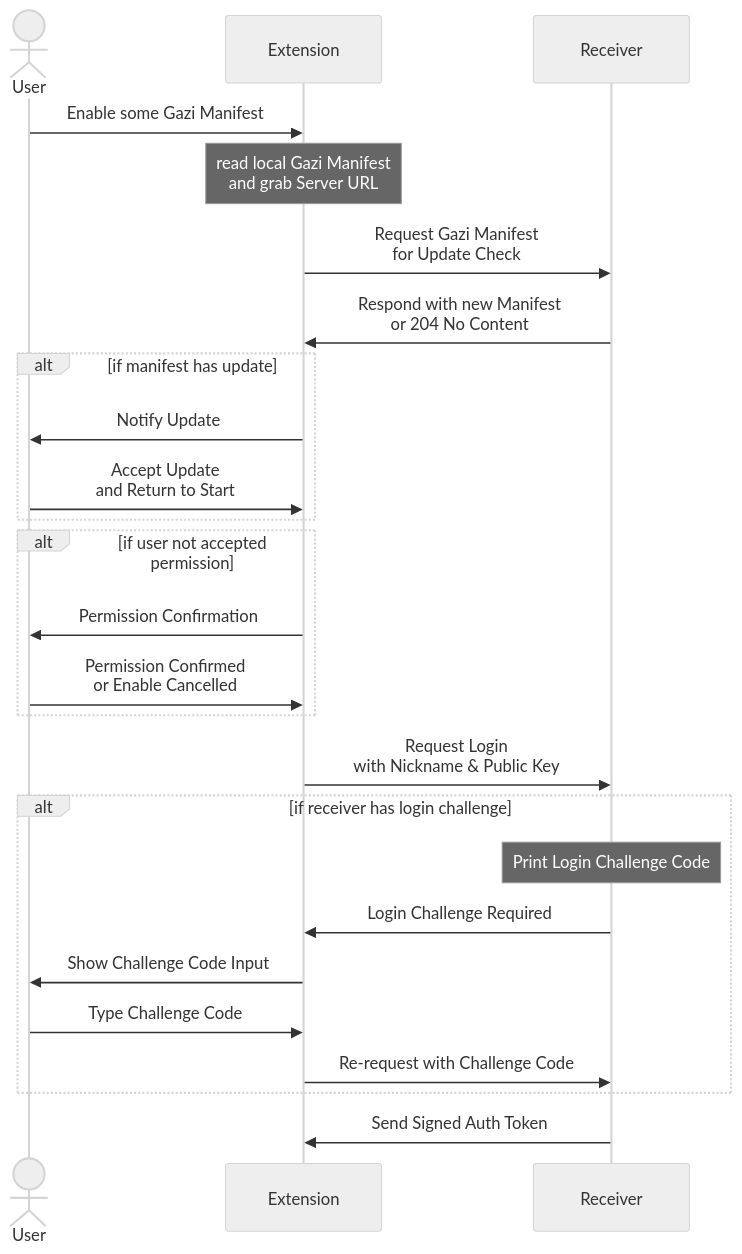
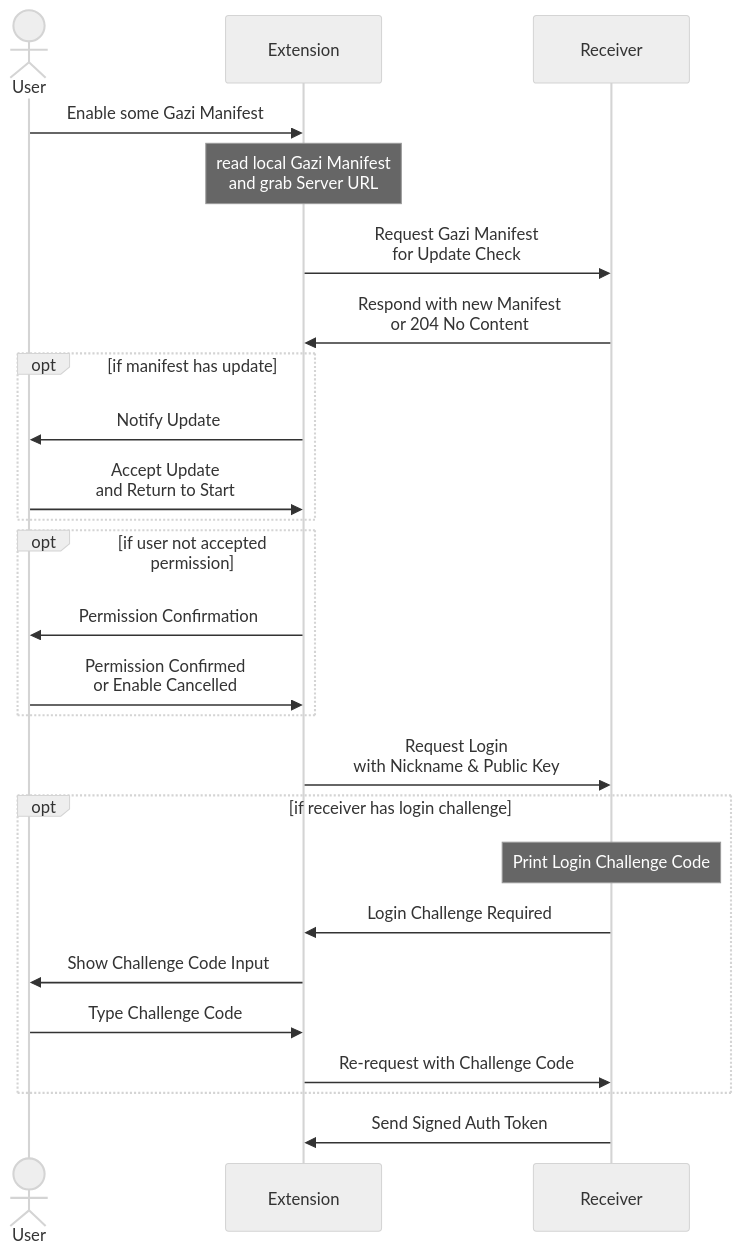
One commit to solvedac/gazi changed the diagram in README.md. Above: the diagram before and after it, drawn with Mermaid (neutral theme).

Commit message:
docs: not alt, it's opt

````diff
--- a/README.md
+++ b/README.md
@@ -17,32 +17,32 @@
 ```mermaid
 sequenceDiagram
     actor User
     participant Extension
     participant Receiver
     User->>Extension: Enable some Gazi Manifest
     Note over Extension: read local Gazi Manifest<br/>and grab Server URL
     Extension->>Receiver: Request Gazi Manifest<br />for Update Check
     Receiver->>Extension: Respond with new Manifest<br />or 204 No Content
 
-    alt if manifest has update
+    opt if manifest has update
         Extension->>User: Notify Update
         User->>Extension: Accept Update<br /> and Return to Start
     end
 
-    alt if user not accepted<br />permission
+    opt if user not accepted<br />permission
         Extension->>User: Permission Confirmation
         User->>Extension: Permission Confirmed<br />or Enable Cancelled
     end
 
     Extension->>Receiver: Request Login<br />with Nickname & Public Key
 
-    alt if receiver has login challenge
+    opt if receiver has login challenge
         Note over Receiver: Print Login Challenge Code
         Receiver->>Extension: Login Challenge Required
         Extension->>User: Show Challenge Code Input
         User->>Extension: Type Challenge Code
         Extension->>Receiver: Re-request with Challenge Code
     end
 
     Receiver->>Extension: Send Signed Auth Token
 ```
````
